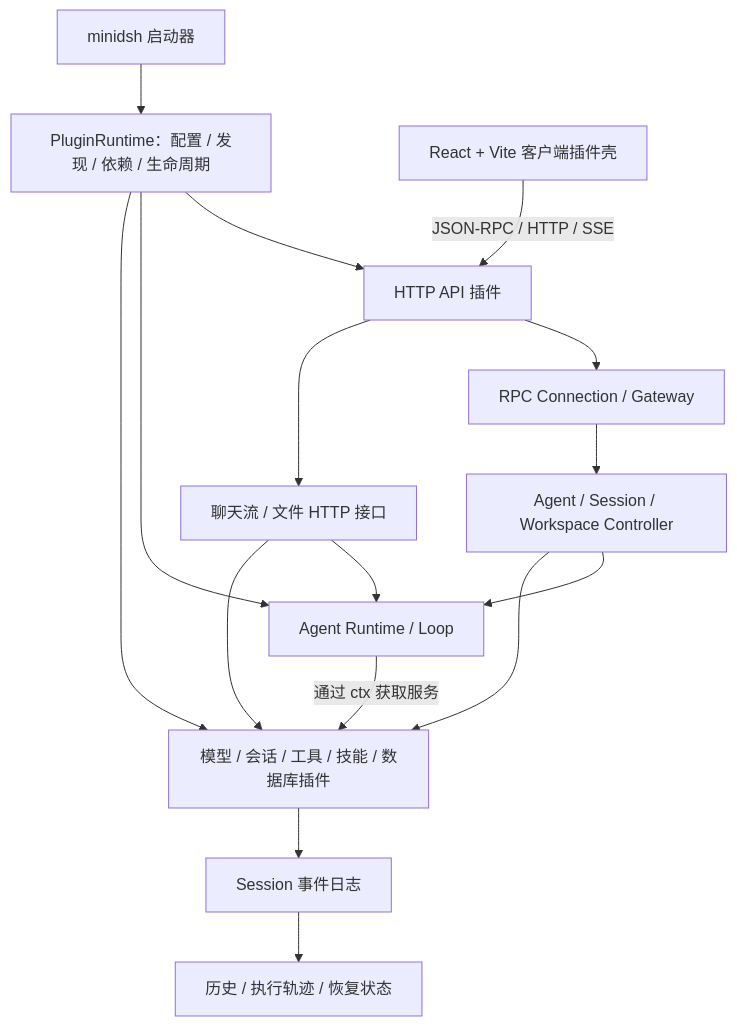
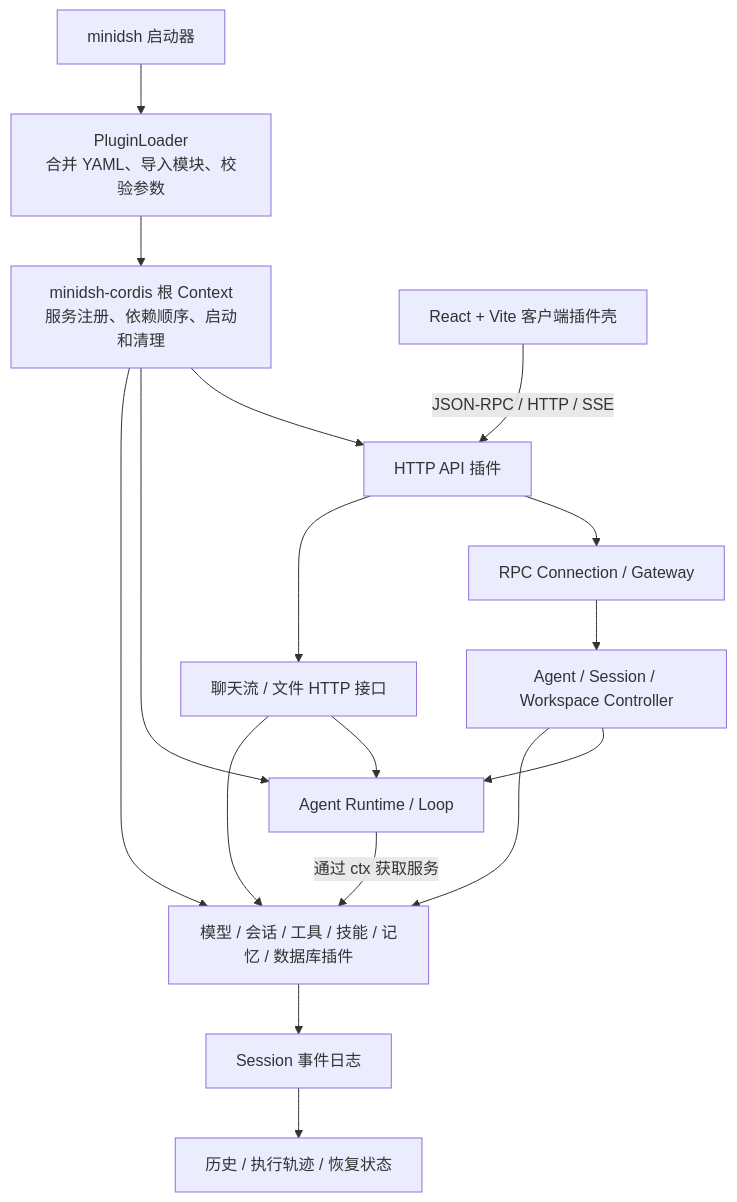
The diagram in README.md (nandalock/agent-harness), drawn with Mermaid before and after one commit. The commit also changed other lines of this file and 248 other files, not shown here.

First line of the commit message:
refactor: run minidsh plugins natively on Cordis

````diff
--- a/README.md
+++ b/README.md
@@ -210,18 +211,19 @@
 ```mermaid
 flowchart TB
-    CLI["minidsh 启动器"] --> PR["PluginRuntime：配置 / 发现 / 依赖 / 生命周期"]
-    PR --> WEB["HTTP API 插件"]
-    PR --> AR["Agent Runtime / Loop"]
-    PR --> CAP["模型 / 会话 / 工具 / 技能 / 数据库插件"]
+    CLI["minidsh 启动器"] --> LOADER["PluginLoader<br/>合并 YAML、导入模块、校验参数"]
+    LOADER --> CTX["minidsh-cordis 根 Context<br/>服务注册、依赖顺序、启动和清理"]
+    CTX --> WEB["HTTP API 插件"]
+    CTX --> AR["Agent Runtime / Loop"]
+    CTX --> CAP["模型 / 会话 / 工具 / 技能 / 记忆 / 数据库插件"]
     UI["React + Vite 客户端插件壳"] -->|JSON-RPC / HTTP / SSE| WEB
     WEB --> GW["RPC Connection / Gateway"]
     GW --> CT["Agent / Session / Workspace Controller"]
     CT --> AR
     CT --> CAP
     WEB --> HTTP["聊天流 / 文件 HTTP 接口"]
     HTTP --> AR
     HTTP --> CAP
     AR -->|通过 ctx 获取服务| CAP
     CAP --> LOG["Session 事件日志"]
     LOG --> VIEW["历史 / 执行轨迹 / 恢复状态"]
 ```
````
